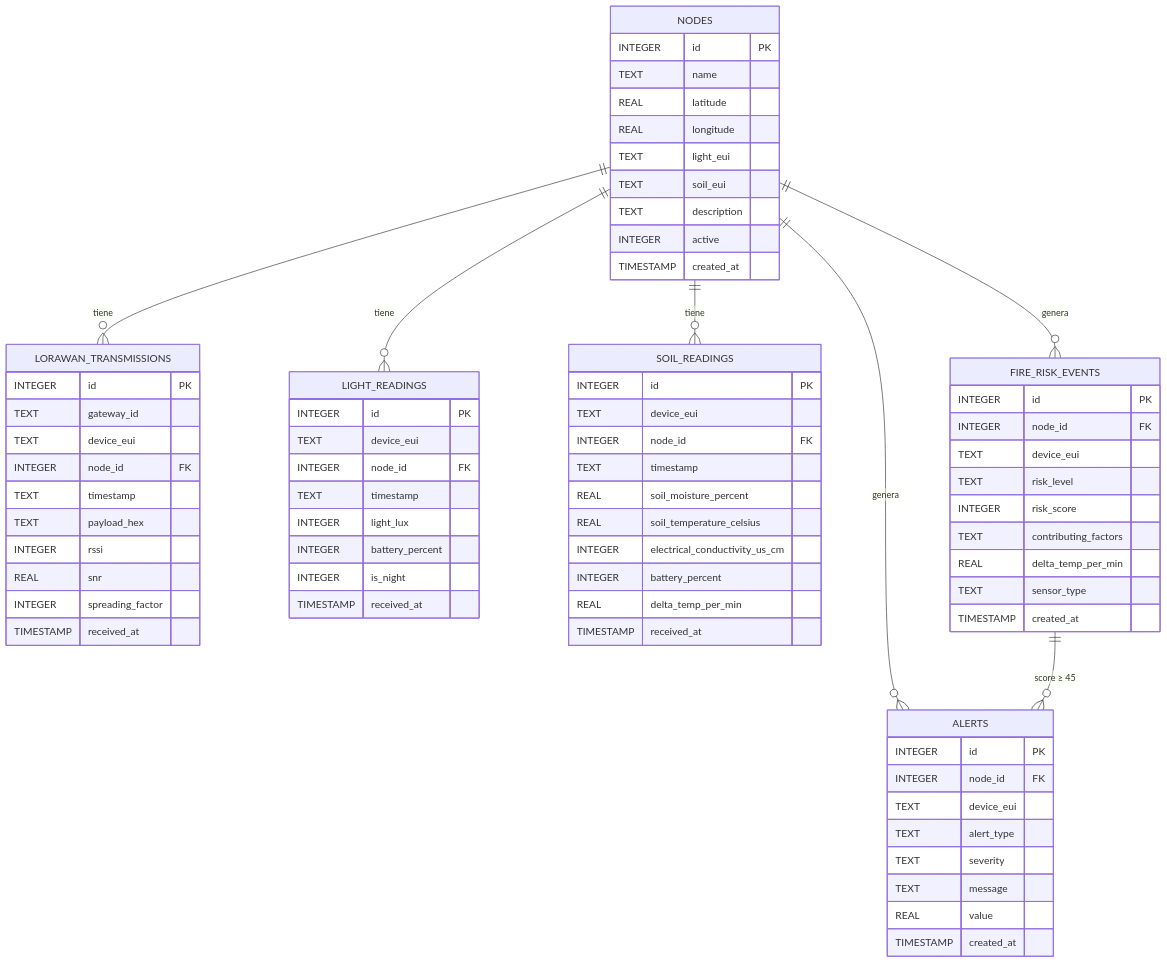
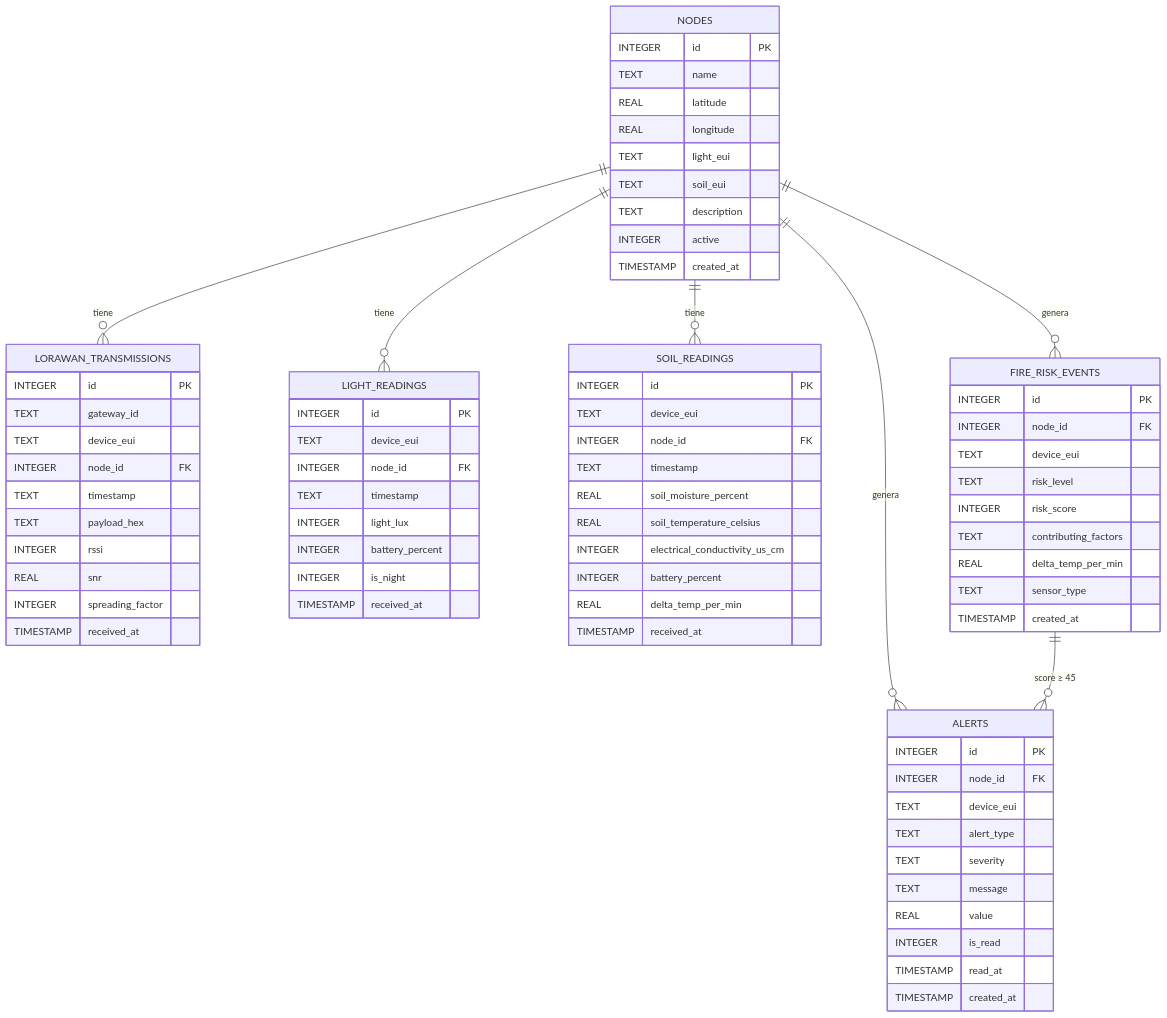
Before and after one commit to jpDLG101/fireZense: the first of 2 diagrams in docs/DATABASE_DIAGRAM.md, drawn with Mermaid. The commit also changed other lines of this file and 1 other file, not shown here.

Commit message:
feat: implement alert read status and deduplication logic in architecture and database diagrams

```diff
--- a/docs/DATABASE_DIAGRAM.md
+++ b/docs/DATABASE_DIAGRAM.md
@@ -73,6 +73,8 @@
         TEXT severity
         TEXT message
         REAL value
+        INTEGER is_read
+        TIMESTAMP read_at
         TIMESTAMP created_at
     }
 
```
